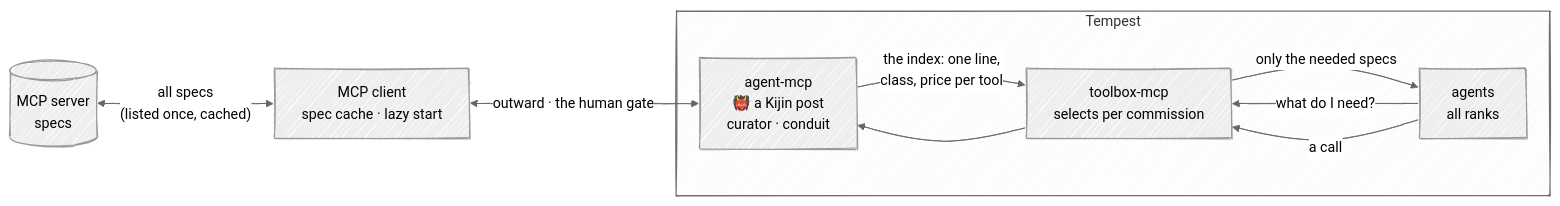
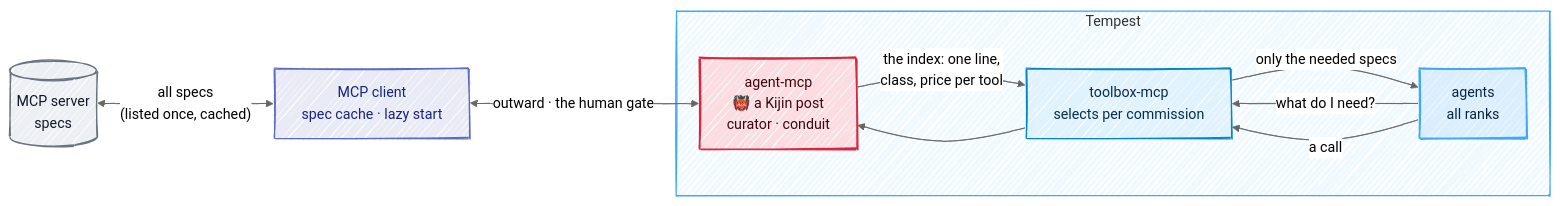
One commit to Kaginari/mnemorph changed the diagram in docs/07-mcp.md. Above: the diagram before and after it, drawn with Mermaid. The commit also changed other lines of this file and 9 other files, not shown here.

Commit message:
docs: colour in every diagram — one palette, a colour per race, phases in sequence diagrams, labels no longer clipped; the MCP page keeps its diagram only

````diff
--- a/docs/07-mcp.md
+++ b/docs/07-mcp.md
@@ -7,19 +5,32 @@
 ```mermaid
 ---
 config:
   look: handDrawn
   theme: neutral
+  flowchart:
+    wrappingWidth: 360
 ---
 flowchart LR
     S[("MCP server<br/>specs")] <-->|"all specs<br/>(listed once, cached)"| C["MCP client<br/>spec cache · lazy start"]
     subgraph tempest["Tempest"]
       K["agent-mcp<br/>👹 a Kijin post<br/>curator · conduit"]
       T["toolbox-mcp<br/>selects per commission"]
       A["agents<br/>all ranks"]
     end
     C <-->|"outward · the human gate"| K
     K -->|"the index: one line,<br/>class, price per tool"| T
     A -->|"what do I need?"| T
     T -->|"only the needed specs"| A
     A -->|"a call"| T --> K
+    classDef outside fill:#eceff3,stroke:#6b7280,stroke-width:1.5px,color:#111827
+    class S outside
+    classDef store fill:#e8eaf6,stroke:#5c6bc0,stroke-width:1.5px,color:#1a237e
+    class C store
+    classDef kijin fill:#fbdde1,stroke:#D7263D,stroke-width:2px,color:#3d0710
+    class K kijin
+    classDef step fill:#e0f2fe,stroke:#0284c7,stroke-width:1.5px,color:#082f49
+    class T step
+    classDef throne fill:#dbeefe,stroke:#3FA9F5,stroke-width:2px,color:#0b2540
+    class A throne
+    style tempest fill:#f0f9ff,stroke:#3FA9F5
 ```
````
